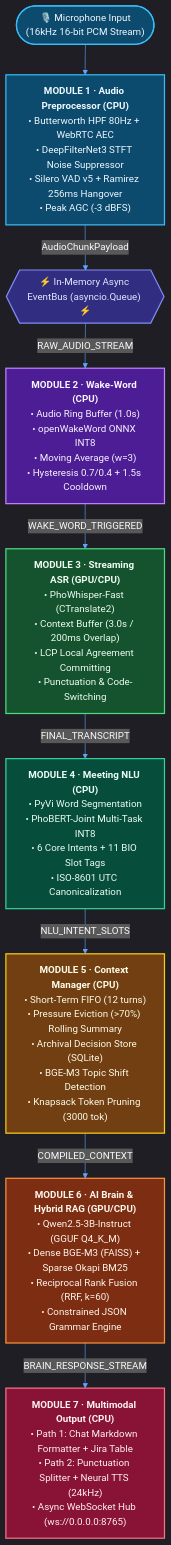
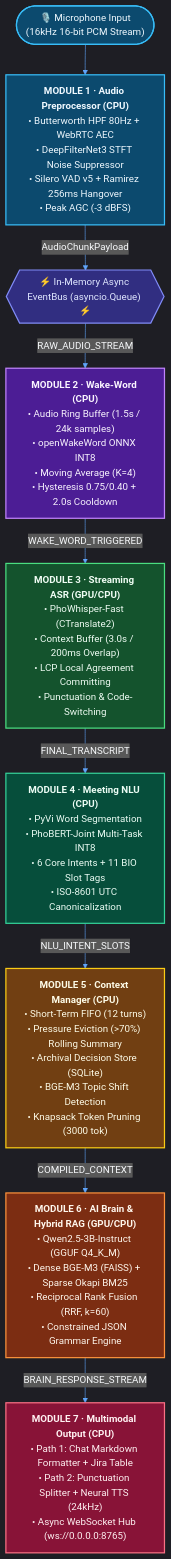
The diagram in README.md (sh1kaku59/room-voice-ai), drawn with Mermaid before and after one commit. The commit also changed other lines of this file and 1 other file, not shown here.

````diff
--- a/README.md
+++ b/README.md
@@ -33,48 +35,48 @@
 ```mermaid
 %%{init: {'theme': 'dark', 'themeVariables': { 'darkMode': true, 'background': 'transparent', 'mainBkg': '#1e293b', 'nodeBorder': '#38bdf8', 'lineColor': '#60a5fa', 'textColor': '#f8fafc' }}}%%
 flowchart TD
     MIC(["🎙️ Microphone Input<br/>(16kHz 16-bit PCM Stream)"])
     
     M1["<b>MODULE 1 · Audio Preprocessor (CPU)</b><br/>• Butterworth HPF 80Hz + WebRTC AEC<br/>• DeepFilterNet3 STFT Noise Suppressor<br/>• Silero VAD v5 + Ramirez 256ms Hangover<br/>• Peak AGC (-3 dBFS)"]
 
     BUS{{"⚡ In-Memory Async EventBus (asyncio.Queue) ⚡"}}
 
-    M2["<b>MODULE 2 · Wake-Word (CPU)</b><br/>• Audio Ring Buffer (1.0s)<br/>• openWakeWord ONNX INT8<br/>• Moving Average (w=3)<br/>• Hysteresis 0.7/0.4 + 1.5s Cooldown"]
+    M2["<b>MODULE 2 · Wake-Word (CPU)</b><br/>• Audio Ring Buffer (1.5s / 24k samples)<br/>• openWakeWord ONNX INT8<br/>• Moving Average (K=4)<br/>• Hysteresis 0.75/0.40 + 2.0s Cooldown"]
 
     M3["<b>MODULE 3 · Streaming ASR (GPU/CPU)</b><br/>• PhoWhisper-Fast (CTranslate2)<br/>• Context Buffer (3.0s / 200ms Overlap)<br/>• LCP Local Agreement Committing<br/>• Punctuation & Code-Switching"]
 
     M4["<b>MODULE 4 · Meeting NLU (CPU)</b><br/>• PyVi Word Segmentation<br/>• PhoBERT-Joint Multi-Task INT8<br/>• 6 Core Intents + 11 BIO Slot Tags<br/>• ISO-8601 UTC Canonicalization"]
 
     M5["<b>MODULE 5 · Context Manager (CPU)</b><br/>• Short-Term FIFO (12 turns)<br/>• Pressure Eviction (>70%) Rolling Summary<br/>• Archival Decision Store (SQLite)<br/>• BGE-M3 Topic Shift Detection<br/>• Knapsack Token Pruning (3000 tok)"]
 
     M6["<b>MODULE 6 · AI Brain & Hybrid RAG (GPU/CPU)</b><br/>• Qwen2.5-3B-Instruct (GGUF Q4_K_M)<br/>• Dense BGE-M3 (FAISS) + Sparse Okapi BM25<br/>• Reciprocal Rank Fusion (RRF, k=60)<br/>• Constrained JSON Grammar Engine"]
 
     M7["<b>MODULE 7 · Multimodal Output (CPU)</b><br/>• Path 1: Chat Markdown Formatter + Jira Table<br/>• Path 2: Punctuation Splitter + Neural TTS (24kHz)<br/>• Async WebSocket Hub (ws://0.0.0.0:8765)"]
 
     MIC --> M1
     M1 -->|AudioChunkPayload| BUS
     BUS -->|RAW_AUDIO_STREAM| M2
     M2 -->|WAKE_WORD_TRIGGERED| M3
     M3 -->|FINAL_TRANSCRIPT| M4
     M4 -->|NLU_INTENT_SLOTS| M5
     M5 -->|COMPILED_CONTEXT| M6
     M6 -->|BRAIN_RESPONSE_STREAM| M7
 
     classDef audio fill:#0c4a6e,stroke:#38bdf8,stroke-width:2px,color:#f0f9ff;
     classDef bus fill:#312e81,stroke:#818cf8,stroke-width:2px,color:#e0e7ff;
     classDef speech fill:#4c1d95,stroke:#c084fc,stroke-width:2px,color:#faf5ff;
     classDef asr fill:#14532d,stroke:#4ade80,stroke-width:2px,color:#f0fdf4;
     classDef nlu fill:#064e3b,stroke:#34d399,stroke-width:2px,color:#ecfdf5;
     classDef ctx fill:#713f12,stroke:#facc15,stroke-width:2px,color:#fefce8;
     classDef brain fill:#7c2d12,stroke:#fb923c,stroke-width:2px,color:#fff7ed;
     classDef out fill:#881337,stroke:#fb7185,stroke-width:2px,color:#fff1f2;
 
     class MIC,M1 audio;
     class BUS bus;
     class M2 speech;
     class M3 asr;
     class M4 nlu;
     class M5 ctx;
     class M6 brain;
     class M7 out;
 ```
````
